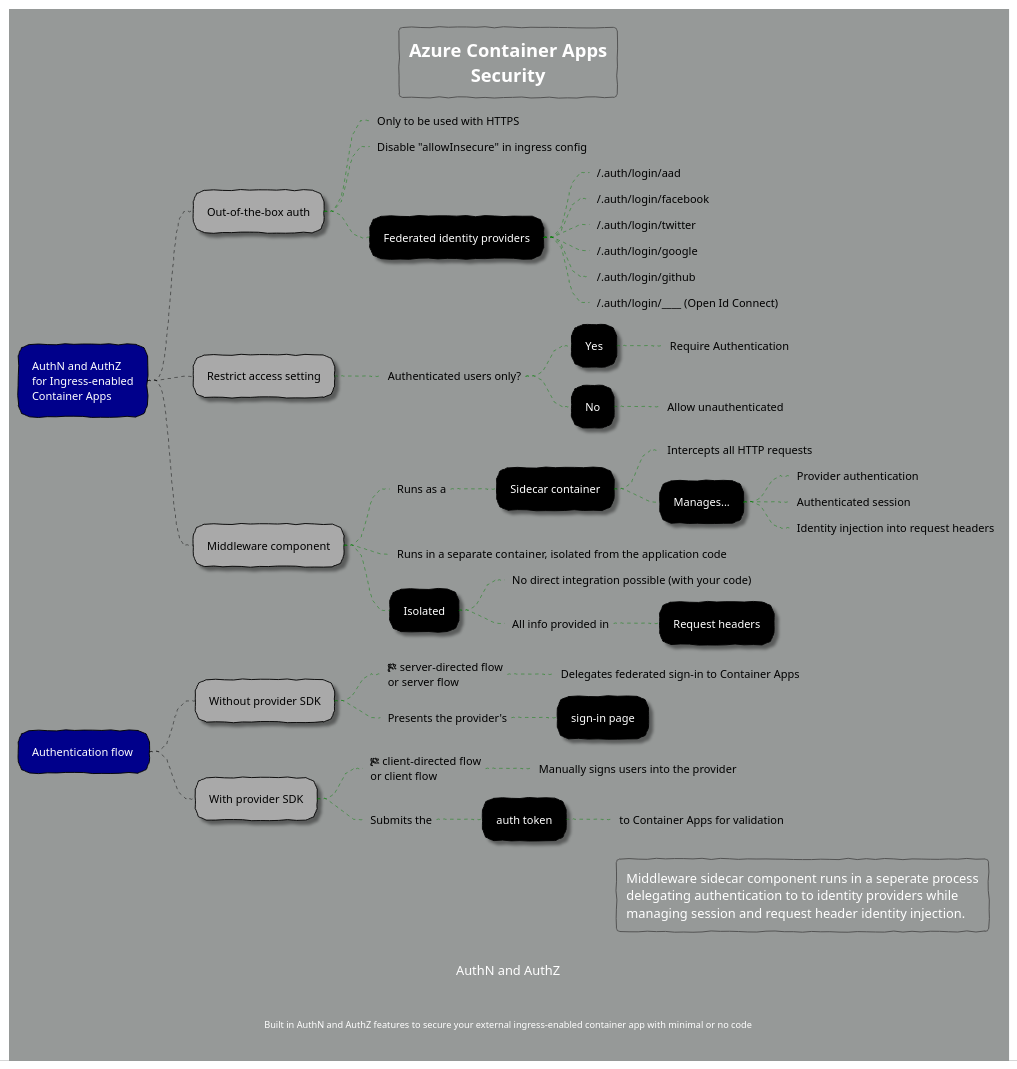
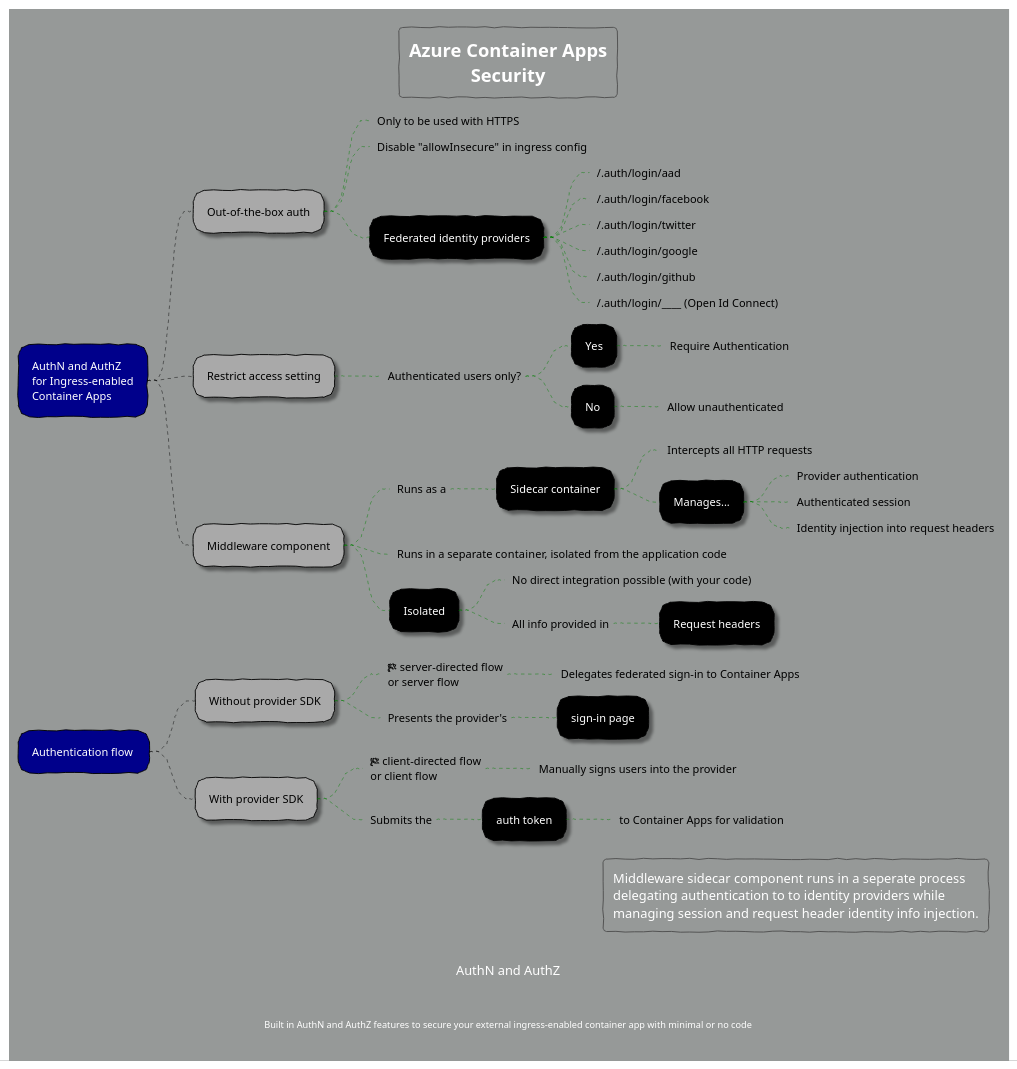
Before and after one commit to rob-bl8ke/Az204-Containerization: the diagram in Notes/Diagrams/ContainerApps/container-apps-security.plantuml, drawn with PlantUML. The commit also changed 7 other files, not shown here.

```diff
--- a/Notes/Diagrams/ContainerApps/container-apps-security.plantuml
+++ b/Notes/Diagrams/ContainerApps/container-apps-security.plantuml
@@ -1,115 +1,115 @@
 @startmindmap "Azure Container Apps Security"
 
 title Azure Container Apps\nSecurity
 
 ' Available themes: https://plantuml.com/theme
 !theme sketchy
 
 ' skinparam backgroundColor #e8edec
 skinparam backgroundColor #969998
 ' skinparam nodeWidth 200
 ' skinparam nodeHeight 30
 
 <style>
     mindMapDiagram {
         .root {
             BackgroundColor darkblue
             LineColor black
             FontColor white
         }
 
         .blue {
             FontColor darkblue
         }
 
         node {
             FontColor white
             LineColor black
             BackgroundColor black
             Shadowing 2.0
             RoundCorner 25
         }
         :depth(0) {
             FontColor black
             LineColor white
             BackgroundColor white
             Shadowing 0.0
         }
         :depth(1) {
             FontColor black
             BackgroundColor darkgrey
             Shadowing 2.0
         }
 
         arrow {
             LineStyle 4
             LineThickness 0.5
             LineColor green
         }
 
         boxless {
             FontColor black
             Margin 10
             Padding 10
             MaximumWidth 400
         }
     }
 </style>
 
 caption AuthN and AuthZ
 footer Built in AuthN and AuthZ features to secure your external ingress-enabled container app with minimal or no code
 
 
 + AuthN and AuthZ\nfor Ingress-enabled\nContainer Apps <<root>>
 ++ Out-of-the-box auth
 +++_ Only to be used with HTTPS
 +++_ Disable "allowInsecure" in ingress config
 +++ Federated identity providers
 ++++_ /.auth/login/aad
 ++++_ /.auth/login/facebook
 ++++_ /.auth/login/twitter
 ++++_ /.auth/login/google
 ++++_ /.auth/login/github
 ++++_ /.auth/login/____ (Open Id Connect)
 
 ++ Restrict access setting
 +++_ Authenticated users only?
 ++++ Yes
 +++++_ Require Authentication
 ++++ No
 +++++_ Allow unauthenticated
 
 ++ Middleware component
 +++_ Runs as a 
 ++++ Sidecar container
 +++++_ Intercepts all HTTP requests
 +++++ Manages...
 ++++++_ Provider authentication
 ++++++_ Authenticated session
 ++++++_ Identity injection into request headers
 +++_ Runs in a separate container, isolated from the application code
 +++ Isolated
 ++++_ No direct integration possible (with your code)
 ++++_ All info provided in
 +++++ Request headers
 
 + Authentication flow <<root>>
 ++ Without provider SDK
 +++_ <&flag> server-directed flow\nor server flow
 ++++_ Delegates federated sign-in to Container Apps
 +++_ Presents the provider's
 ++++ sign-in page
 ++ With provider SDK
 +++_ <&flag> client-directed flow\nor client flow
 ++++_ Manually signs users into the provider
 +++_ Submits the
 ++++ auth token
 +++++_ to Container Apps for validation
 
 legend right
 Middleware sidecar component runs in a seperate process
 delegating authentication to to identity providers while
-managing session and request header identity injection.
+managing session and request header identity info injection.
 endlegend
 
 @endmindmap
```
